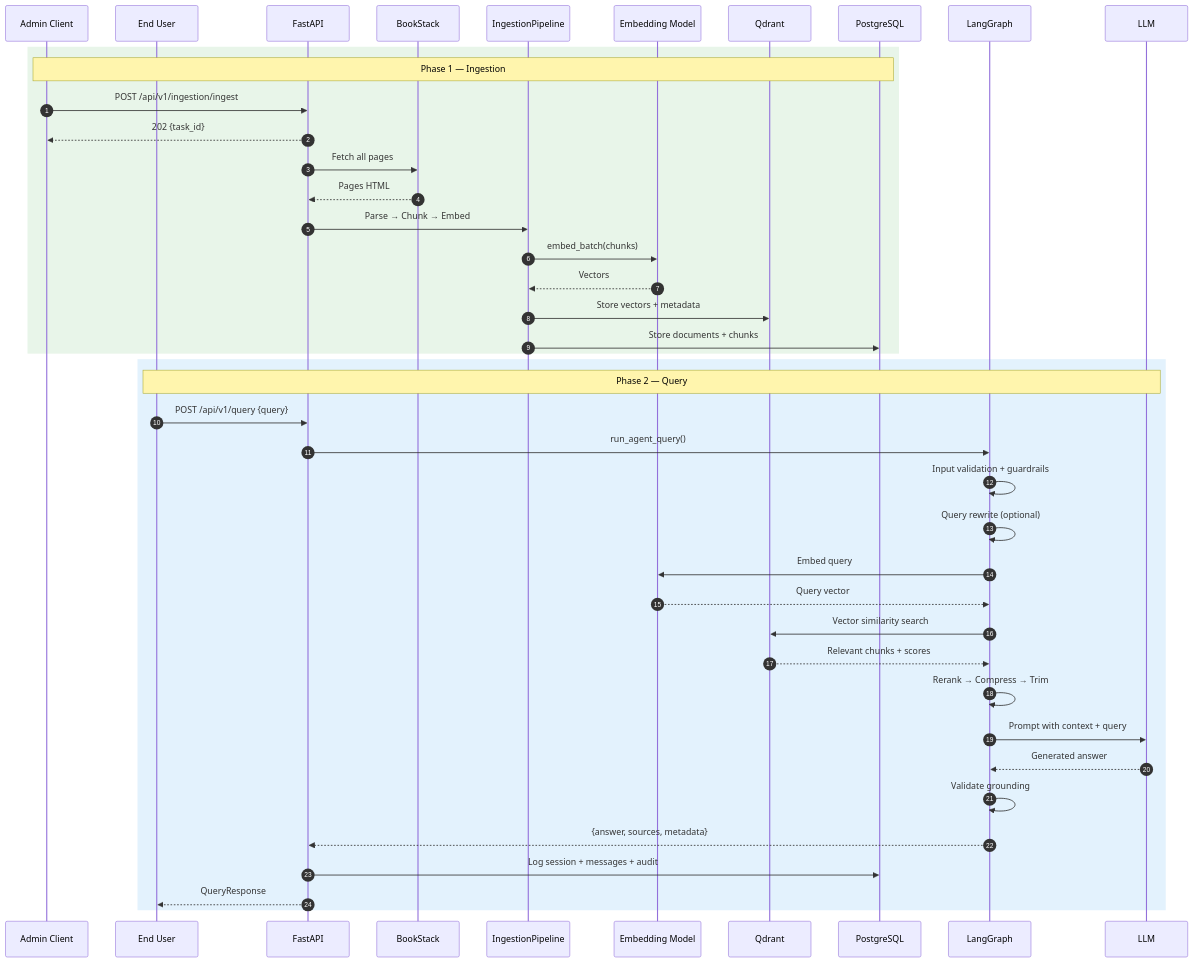
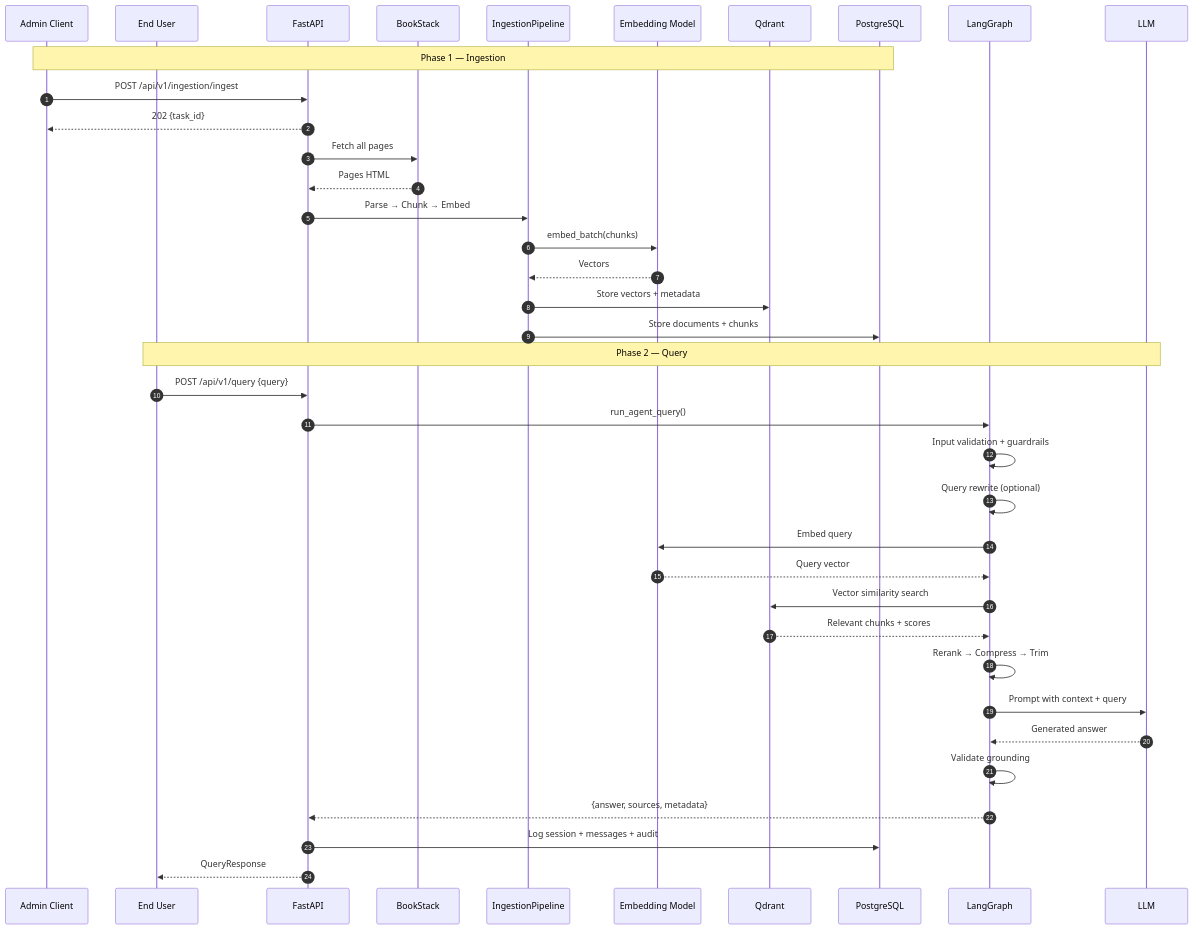
Before and after one commit to Jithendhar18/bookstack-rag-agent: the eighth of 10 diagrams in docs/architecture.md, drawn with Mermaid. The commit also changed other lines of this file, not shown here.

Commit message:
refactor: Clean up architecture diagrams by removing style definitions

````diff
--- a/docs/architecture.md
+++ b/docs/architecture.md
@@ -518,46 +486,42 @@
 ```mermaid
 sequenceDiagram
     autonumber
     participant Admin as Admin Client
     participant User as End User
     participant API as FastAPI
     participant BS as BookStack
     participant Pipeline as IngestionPipeline
     participant EMB as Embedding Model
     participant QD as Qdrant
     participant PG as PostgreSQL
     participant LG as LangGraph
     participant LLM as LLM
 
-    rect rgb(232, 245, 233)
-        Note over Admin,PG: Phase 1 — Ingestion
-        Admin->>API: POST /api/v1/ingestion/ingest
-        API-->>Admin: 202 {task_id}
-        API->>BS: Fetch all pages
-        BS-->>API: Pages HTML
-        API->>Pipeline: Parse → Chunk → Embed
-        Pipeline->>EMB: embed_batch(chunks)
-        EMB-->>Pipeline: Vectors
-        Pipeline->>QD: Store vectors + metadata
-        Pipeline->>PG: Store documents + chunks
-    end
+    Note over Admin,PG: Phase 1 — Ingestion
+    Admin->>API: POST /api/v1/ingestion/ingest
+    API-->>Admin: 202 {task_id}
+    API->>BS: Fetch all pages
+    BS-->>API: Pages HTML
+    API->>Pipeline: Parse → Chunk → Embed
+    Pipeline->>EMB: embed_batch(chunks)
+    EMB-->>Pipeline: Vectors
+    Pipeline->>QD: Store vectors + metadata
+    Pipeline->>PG: Store documents + chunks
 
-    rect rgb(227, 242, 253)
-        Note over User,LLM: Phase 2 — Query
-        User->>API: POST /api/v1/query {query}
-        API->>LG: run_agent_query()
-        LG->>LG: Input validation + guardrails
-        LG->>LG: Query rewrite (optional)
-        LG->>EMB: Embed query
-        EMB-->>LG: Query vector
-        LG->>QD: Vector similarity search
-        QD-->>LG: Relevant chunks + scores
-        LG->>LG: Rerank → Compress → Trim
-        LG->>LLM: Prompt with context + query
-        LLM-->>LG: Generated answer
-        LG->>LG: Validate grounding
-        LG-->>API: {answer, sources, metadata}
-        API->>PG: Log session + messages + audit
-        API-->>User: QueryResponse
-    end
+    Note over User,LLM: Phase 2 — Query
+    User->>API: POST /api/v1/query {query}
+    API->>LG: run_agent_query()
+    LG->>LG: Input validation + guardrails
+    LG->>LG: Query rewrite (optional)
+    LG->>EMB: Embed query
+    EMB-->>LG: Query vector
+    LG->>QD: Vector similarity search
+    QD-->>LG: Relevant chunks + scores
+    LG->>LG: Rerank → Compress → Trim
+    LG->>LLM: Prompt with context + query
+    LLM-->>LG: Generated answer
+    LG->>LG: Validate grounding
+    LG-->>API: {answer, sources, metadata}
+    API->>PG: Log session + messages + audit
+    API-->>User: QueryResponse
 ```
````
